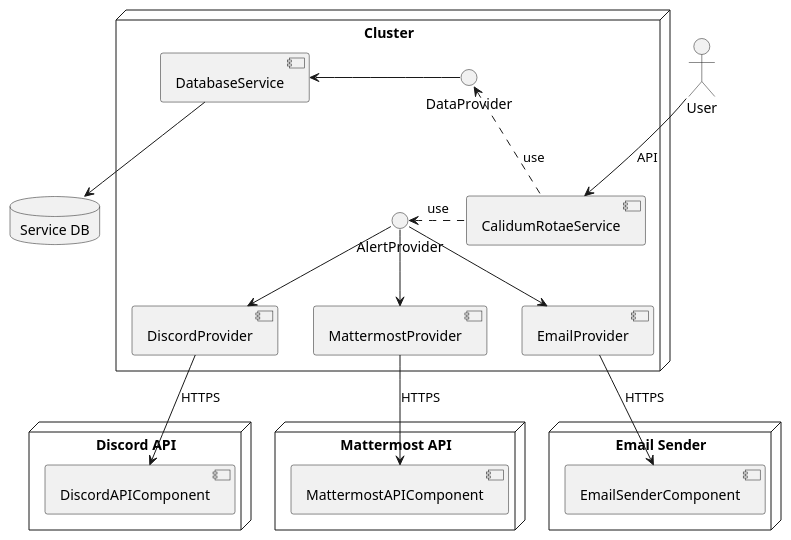
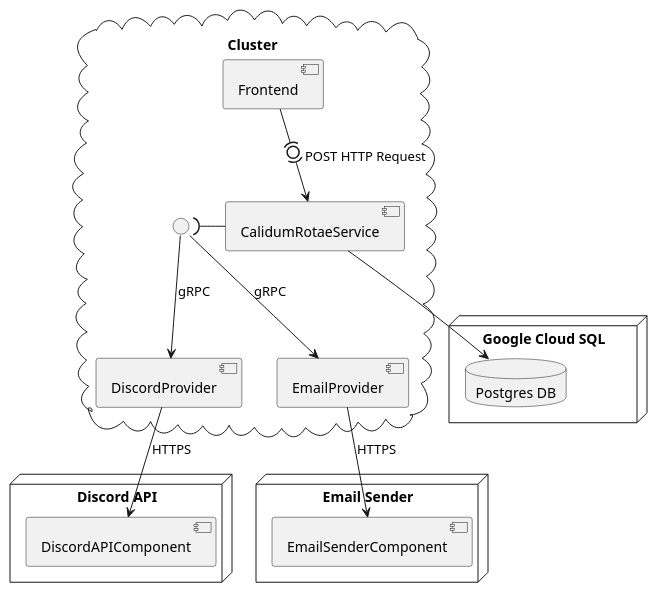
The diagram in docs/architecture.plantuml (ClubCedille/calidum-rotae), drawn with PlantUML before and after one commit. The commit also changed 1 other file, not shown here.

Commit message:
Update architecture diagram (#3)
* Update architecture diagram.

* Remove mattermost from arch diagram.

```diff
--- a/docs/architecture.plantuml
+++ b/docs/architecture.plantuml
@@ -1,49 +1,39 @@
 @startuml calidum-rotae
-
-actor User
 
 node DiscordAPI as "Discord API" {
  	component DiscordAPIComponent
-}
-
-node MattermostAPI as "Mattermost API" {
- 	component MattermostAPIComponent
 }
 
 node Email as "Email Sender" {
  	component EmailSenderComponent
 }
 
-database Database as "Service DB" {
+node Data as "Google Cloud SQL" {
+	database Database as "Postgres DB" {
+	}
 }
 
-node Cluster as "Cluster" {
-	interface "DataProvider" as DP
-	interface "AlertProvider" as AP
-	component DatabaseService
+cloud Cluster as "Cluster" {
+	component CalidumRotaeService
+	component Frontend
+	interface " " as AP
 	
+	Frontend -d(0)-> CalidumRotaeService : POST HTTP Request
+
 	'1) Discord Provider -> calls Discord API
-	'2) Mattermost Provider -> calls Mattermost API
-	'3) Email Provider -> calls email (i.e.: mailgun) API
+	'2) Email Provider -> calls email (i.e.: mailgun) API
 
 	component DiscordProvider
-	component MattermostProvider
 	component EmailProvider
 
-	[DatabaseService] <- DP
- 	DP <.. [CalidumRotaeService] : use
+	AP --> DiscordProvider : gRPC
+	AP --> EmailProvider : gRPC
 
-	[AP] --> DiscordProvider
-	[AP] --> MattermostProvider
-	[AP] --> EmailProvider 
- 	AP <. [CalidumRotaeService] : use
+ 	AP )- [CalidumRotaeService]
 }
 
-
-User --> CalidumRotaeService : "API"
-DatabaseService --> Database
+CalidumRotaeService --> Database
 DiscordProvider --> DiscordAPIComponent  : HTTPS
-MattermostProvider --> MattermostAPIComponent  : HTTPS
 EmailProvider --> EmailSenderComponent  : HTTPS
 
 @enduml
```
